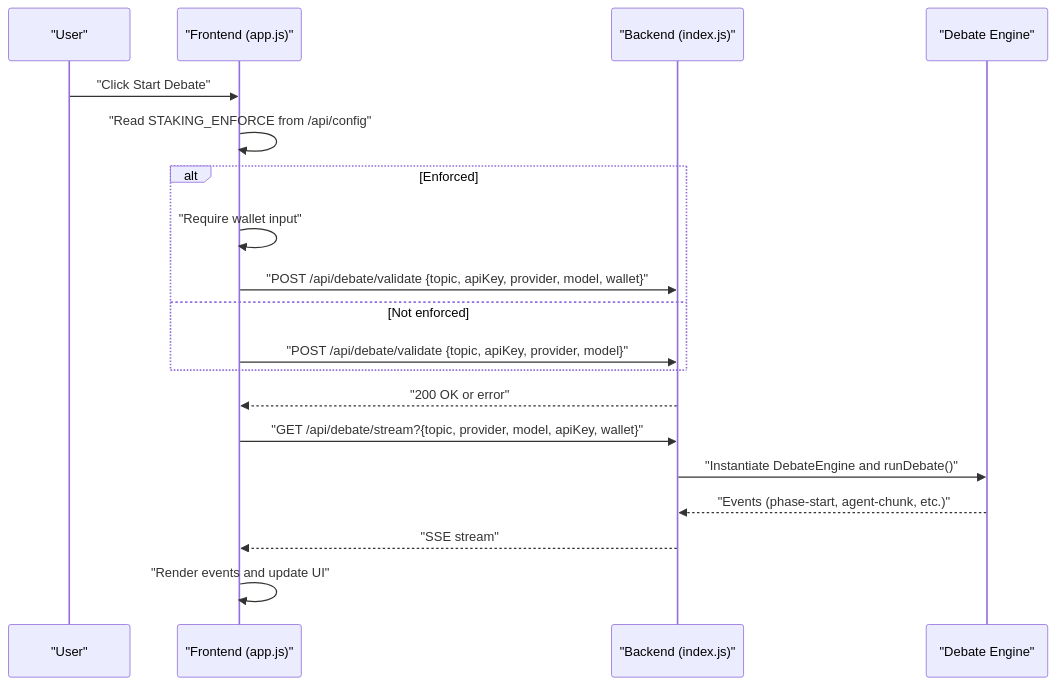
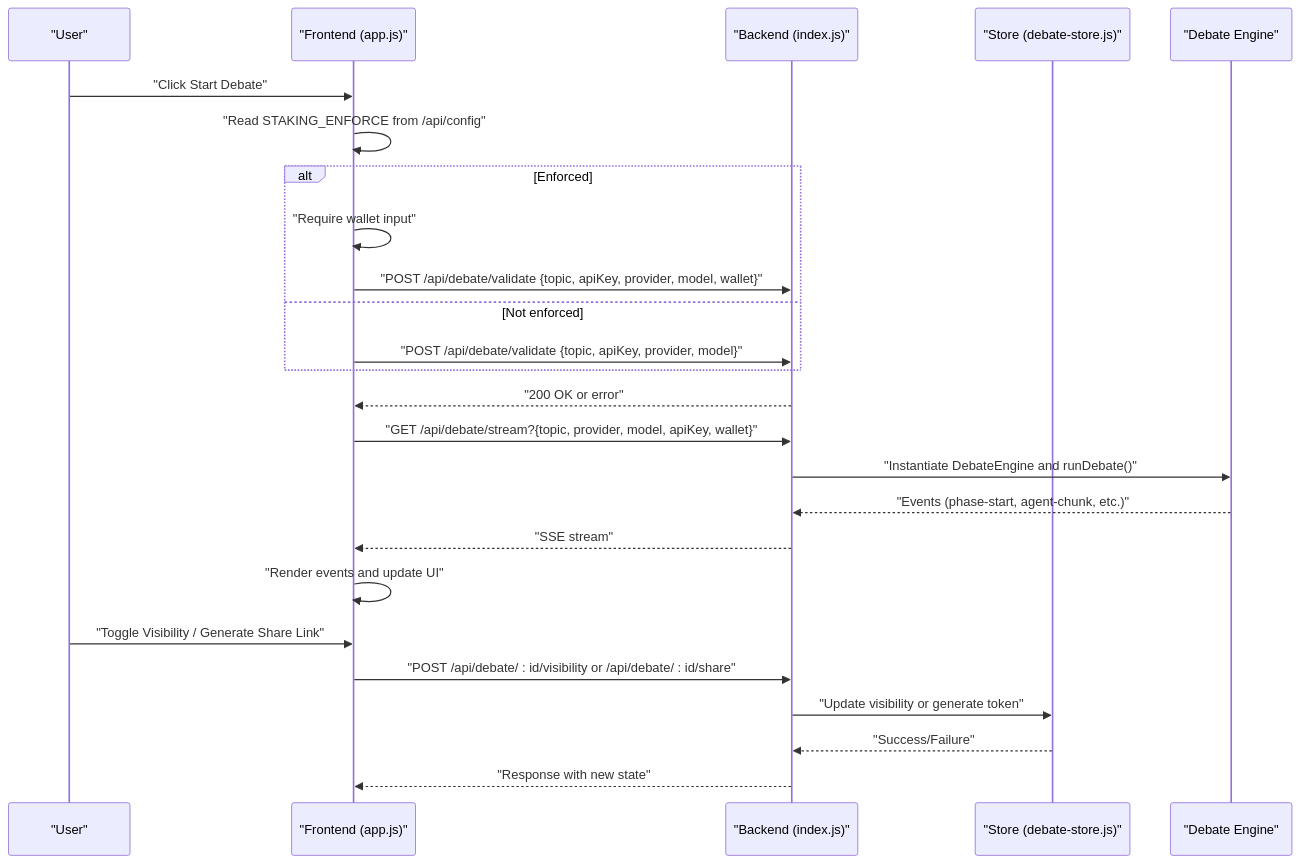
One commit to RunTimeAdmin/tri-ai changed the second of 12 diagrams in .qoder/repowiki/en/content/Staking & Access Control System/Access Control Logic.md. Above: the diagram before and after it, drawn with Mermaid. The commit also changed other lines of this file and 40 other files, not shown here.

````diff
--- a/.qoder/repowiki/en/content/Staking & Access Control System/Access Control Logic.md
+++ b/.qoder/repowiki/en/content/Staking & Access Control System/Access Control Logic.md
@@ -86,21 +124,27 @@
 ```mermaid
 sequenceDiagram
 participant U as "User"
 participant F as "Frontend (app.js)"
 participant B as "Backend (index.js)"
+participant S as "Store (debate-store.js)"
 participant E as "Debate Engine"
 U->>F : "Click Start Debate"
 F->>F : "Read STAKING_ENFORCE from /api/config"
 alt Enforced
 F->>F : "Require wallet input"
 F->>B : "POST /api/debate/validate {topic, apiKey, provider, model, wallet}"
 else Not enforced
 F->>B : "POST /api/debate/validate {topic, apiKey, provider, model}"
 end
 B-->>F : "200 OK or error"
 F->>B : "GET /api/debate/stream?{topic, provider, model, apiKey, wallet}"
 B->>E : "Instantiate DebateEngine and runDebate()"
 E-->>B : "Events (phase-start, agent-chunk, etc.)"
 B-->>F : "SSE stream"
 F->>F : "Render events and update UI"
+U->>F : "Toggle Visibility / Generate Share Link"
+F->>B : "POST /api/debate/ : id/visibility or /api/debate/ : id/share"
+B->>S : "Update visibility or generate token"
+S-->>B : "Success/Failure"
+B-->>F : "Response with new state"
 ```
````
